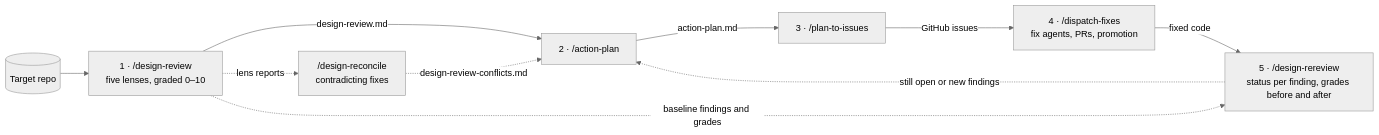
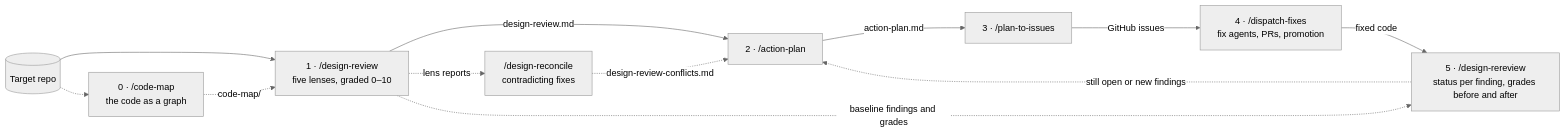
Before and after one commit to graffitiMSX/reviewer-skill: the diagram in README.md, drawn with Mermaid (neutral theme). The commit also changed other lines of this file and 11 other files, not shown here.

First line of the commit message:
Add code-map skill: the repository as a graph for the other stages

````diff
--- a/README.md
+++ b/README.md
@@ -5,13 +5,15 @@
 ```mermaid
 flowchart LR
     repo[(Target repo)] --> s1
+    repo -.-> m["0 · /code-map<br/>the code as a graph"]
+    m -.->|code-map/| s1
     s1["1 · /design-review<br/>five lenses, graded 0–10"] -->|design-review.md| s2
     s1 -.->|lens reports| r["/design-reconcile<br/>contradicting fixes"]
     r -.->|design-review-conflicts.md| s2
     s2["2 · /action-plan"] -->|action-plan.md| s3
     s3["3 · /plan-to-issues"] -->|GitHub issues| s4
     s4["4 · /dispatch-fixes<br/>fix agents, PRs, promotion"] -->|fixed code| s5
     s5["5 · /design-rereview<br/>status per finding, grades before and after"]
     s1 -.->|baseline findings and grades| s5
     s5 -.->|still open or new findings| s2
 ```
````
